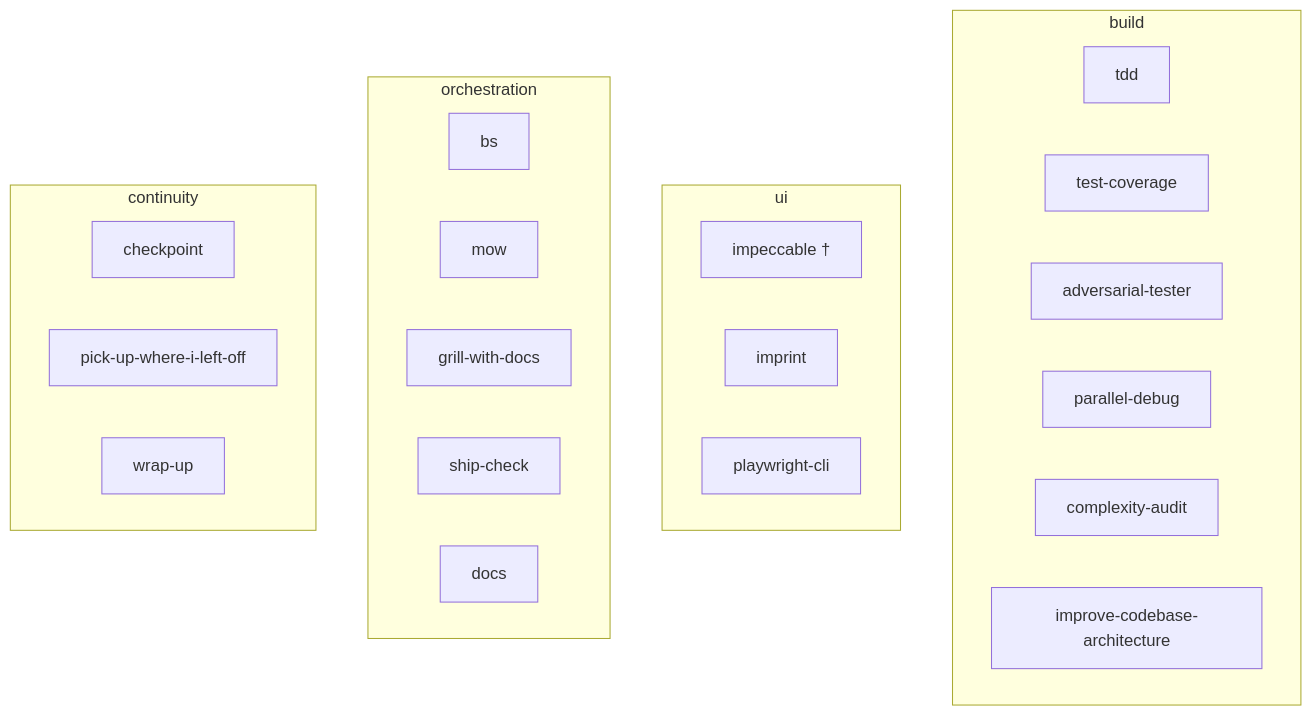
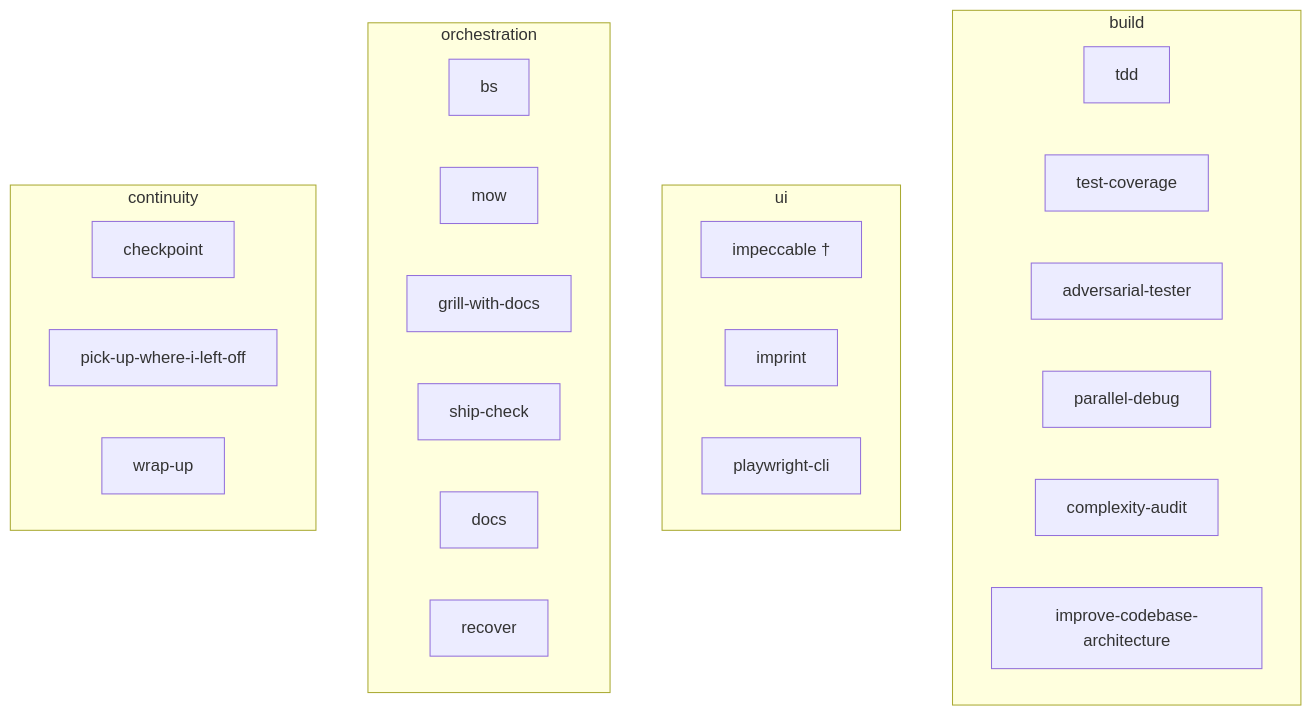
One commit to ozanozcan/ai-wow changed the seventh of 17 diagrams in HOW-TO-USE.human.md. Above: the diagram before and after it, drawn with Mermaid. The commit also changed other lines of this file and 23 other files, not shown here.

First line of the commit message:
Add named work-paths: recover skill, work-type commands, and mow R-06 hooks.

````diff
--- a/HOW-TO-USE.human.md
+++ b/HOW-TO-USE.human.md
@@ -332,16 +332,16 @@
 ```mermaid
 flowchart TD
   subgraph BUILD["build"]
     B1["tdd"]; B2["test-coverage"]; B3["adversarial-tester"]
     B4["parallel-debug"]; B5["complexity-audit"]; B6["improve-codebase-architecture"]
   end
   subgraph UI["ui"]
     U1["impeccable †"]; U2["imprint"]; U3["playwright-cli"]
   end
   subgraph ORCH["orchestration"]
-    O0["bs"]; O1["mow"]; O2["grill-with-docs"]; O3["ship-check"]; O4["docs"]
+    O0["bs"]; O1["mow"]; O2["grill-with-docs"]; O3["ship-check"]; O4["docs"]; O5["recover"]
   end
   subgraph CONT["continuity"]
     C1["checkpoint"]; C2["pick-up-where-i-left-off"]; C3["wrap-up"]
   end
 ```
````
